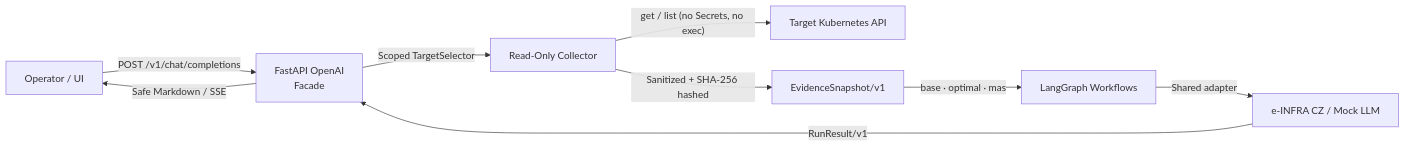
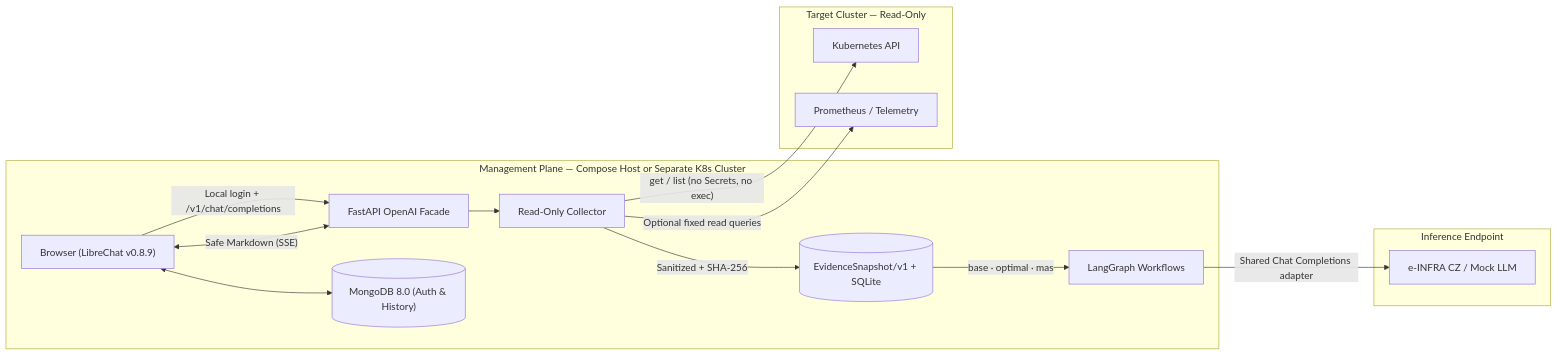
One commit to jkuzel02/RCAnnon changed the diagram in README.md. Above: the diagram before and after it, drawn with Mermaid. The commit also changed other lines of this file and 7 other files, not shown here.

````diff
--- a/README.md
+++ b/README.md
@@ -16,11 +36,18 @@
 ```mermaid
-flowchart LR                                                              
-    U["Operator / UI"] -->|"POST /v1/chat/completions"| A["FastAPI OpenAI 
-    Facade"]
-    A -->|"Scoped TargetSelector"| C["Read-Only Collector"]               
-    C -->|"get / list (no Secrets, no exec)"| K["Target Kubernetes API"]  
-    C -->|"Sanitized + SHA-256 hashed"| S["EvidenceSnapshot/v1"]
-    S -->|"base · optimal · mas"| G["LangGraph Workflows"]                
-    G -->|"Shared adapter"| L["e-INFRA CZ / Mock LLM"]                    
-    L -->|"RunResult/v1"| A -->|"Safe Markdown / SSE"| U                  
+flowchart LR
+    subgraph Host["Management Plane — Compose Host or Separate K8s Cluster"]
+        U["Browser (LibreChat v0.8.9)"] -->|"Local login + /v1/chat/completions"| A["FastAPI OpenAI Facade"]
+        U <--> M[("MongoDB 8.0 (Auth & History)")]
+        A --> C["Read-Only Collector"]
+        C -->|"Sanitized + SHA-256"| S[("EvidenceSnapshot/v1 + SQLite")]
+        S -->|"base · optimal · mas"| G["LangGraph Workflows"]
+        A <-->|"Safe Markdown (SSE)"| U
+    end
+    subgraph Target["Target Cluster — Read-Only"]
+        C -->|"get / list (no Secrets, no exec)"| K["Kubernetes API"]
+        C -->|"Optional fixed read queries"| P["Prometheus / Telemetry"]
+    end
+    subgraph LLM["Inference Endpoint"]
+        G -->|"Shared Chat Completions adapter"| L["e-INFRA CZ / Mock LLM"]
+    end
 ```
````
